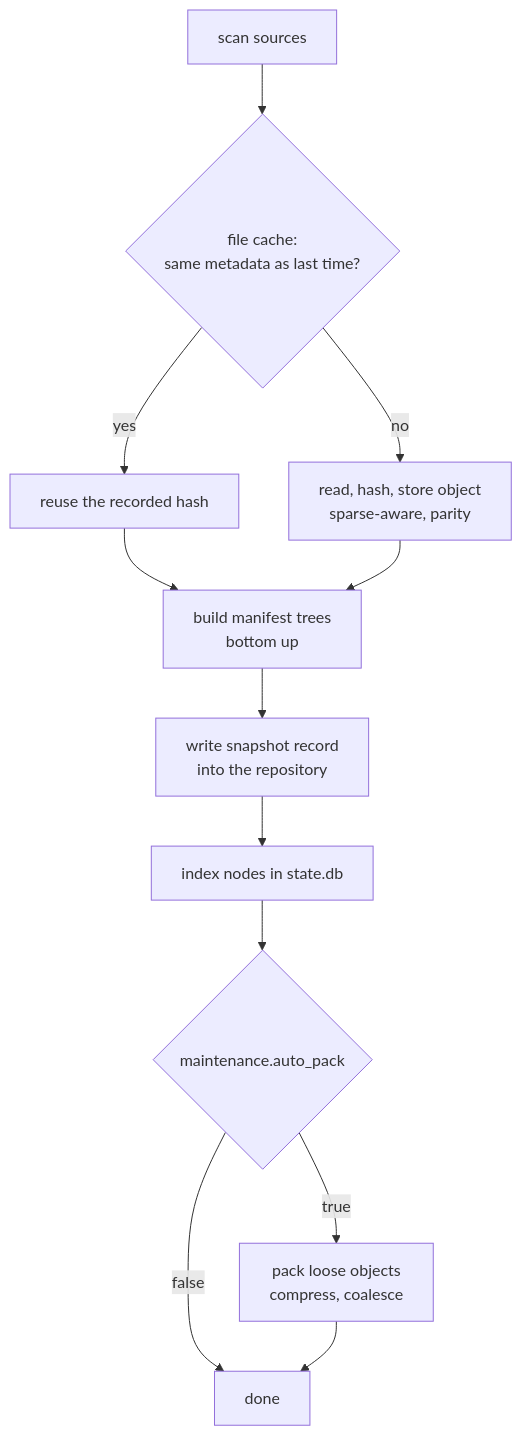
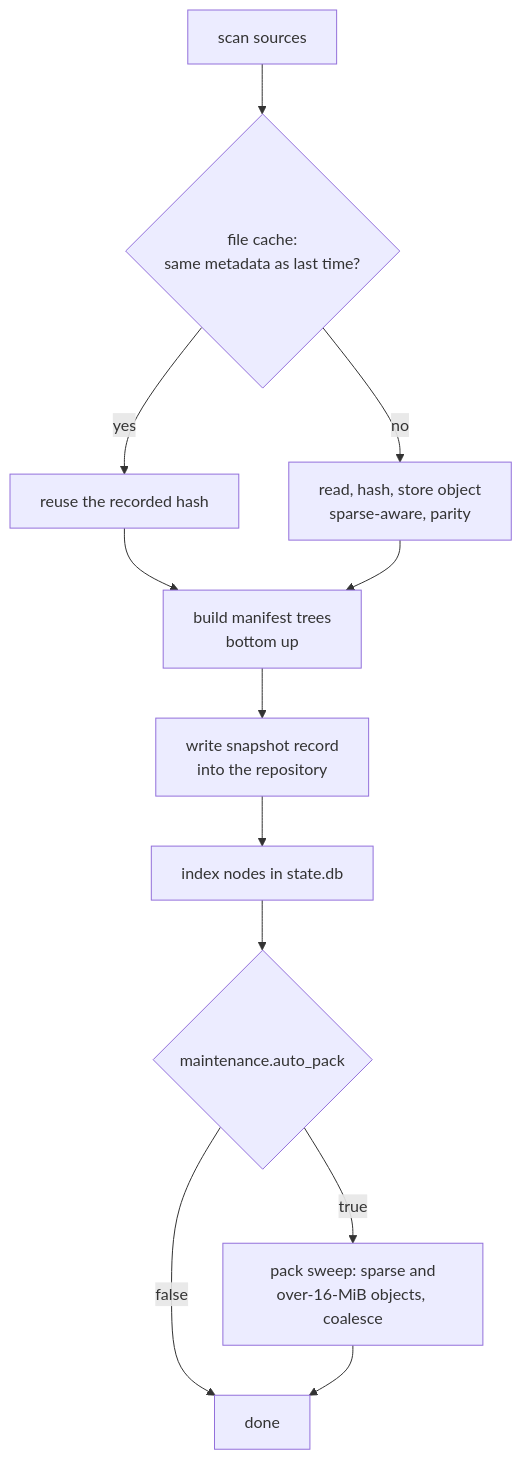
Before and after one commit to vifair22/c-backup: the third of 3 diagrams in Manual.md, drawn with Mermaid. The commit also changed other lines of this file and 4 other files, not shown here.

````diff
--- a/Manual.md
+++ b/Manual.md
@@ -676,14 +676,14 @@
 ```mermaid
 flowchart TD
   A[scan sources] --> B{file cache:<br/>same metadata as last time?}
   B -- yes --> C[reuse the recorded hash]
   B -- no --> D[read, hash, store object<br/>sparse-aware, parity]
   C --> E[build manifest trees<br/>bottom up]
   D --> E
   E --> F[write snapshot record<br/>into the repository]
   F --> G[index nodes in state.db]
   G --> H{maintenance.auto_pack}
-  H -- true --> I[pack loose objects<br/>compress, coalesce]
+  H -- true --> I[pack sweep: sparse and<br/>over-16-MiB objects, coalesce]
   H -- false --> J[done]
   I --> J
 ```
````
